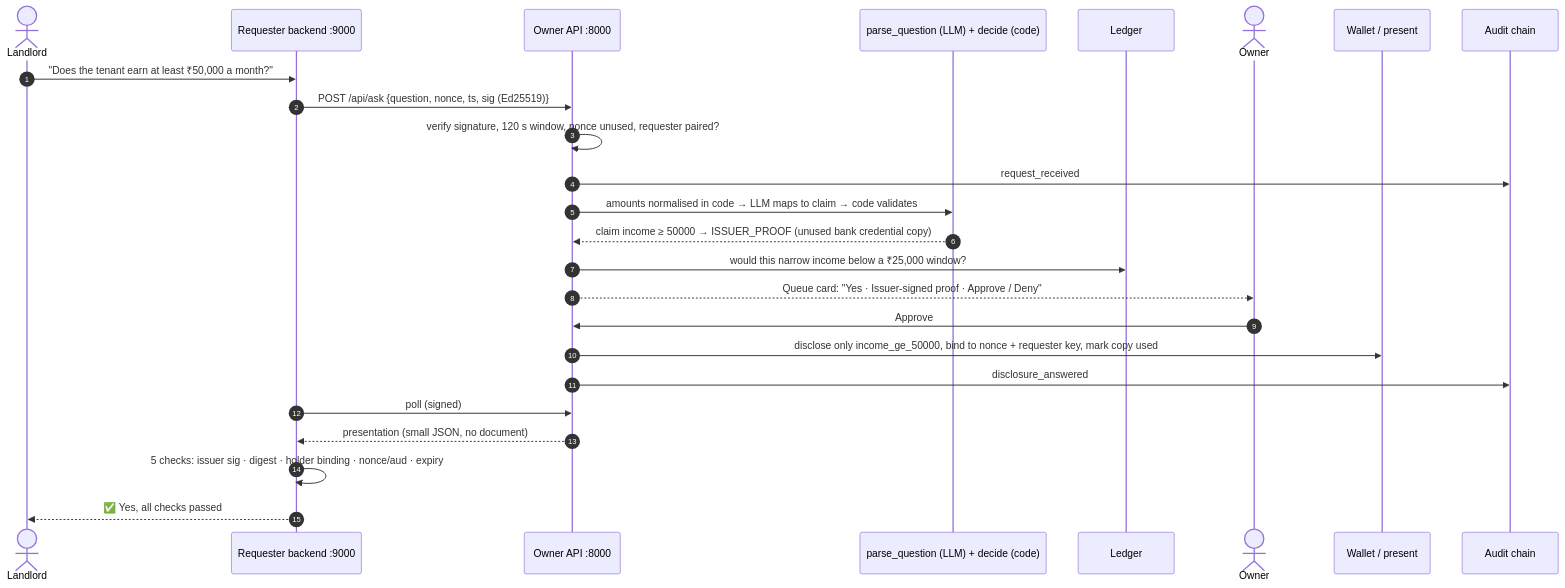
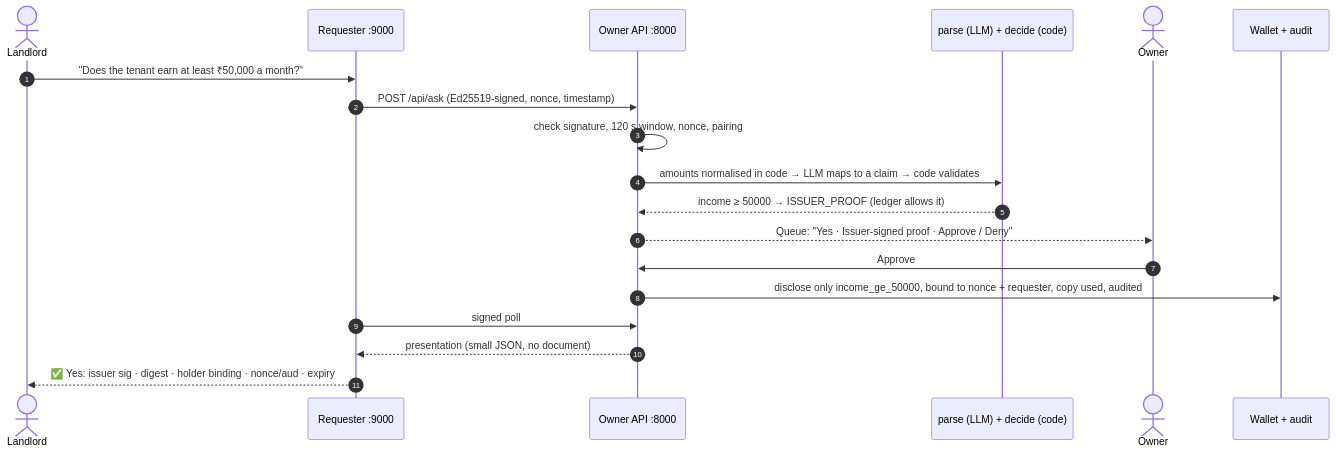
Before and after one commit to Sky00raider/KAVACH: the second of 2 diagrams in README.md, drawn with Mermaid. The commit also changed other lines of this file, not shown here.

````diff
--- a/README.md
+++ b/README.md
@@ -245,28 +101,22 @@
 ```mermaid
 sequenceDiagram
     autonumber
     actor Landlord
-    participant R as Requester backend :9000
+    participant R as Requester :9000
     participant A as Owner API :8000
-    participant P as parse_question (LLM) + decide (code)
-    participant G as Ledger
+    participant P as parse (LLM) + decide (code)
     actor Owner
-    participant W as Wallet / present
-    participant X as Audit chain
+    participant W as Wallet + audit
 
     Landlord->>R: "Does the tenant earn at least ₹50,000 a month?"
-    R->>A: POST /api/ask {question, nonce, ts, sig (Ed25519)}
-    A->>A: verify signature, 120 s window, nonce unused, requester paired?
-    A->>X: request_received
-    A->>P: amounts normalised in code → LLM maps to claim → code validates
-    P-->>A: claim income ≥ 50000 → ISSUER_PROOF (unused bank credential copy)
-    A->>G: would this narrow income below a ₹25,000 window?
-    A-->>Owner: Queue card: "Yes · Issuer-signed proof · Approve / Deny"
+    R->>A: POST /api/ask (Ed25519-signed, nonce, timestamp)
+    A->>A: check signature, 120 s window, nonce, pairing
+    A->>P: amounts normalised in code → LLM maps to a claim → code validates
+    P-->>A: income ≥ 50000 → ISSUER_PROOF (ledger allows it)
+    A-->>Owner: Queue: "Yes · Issuer-signed proof · Approve / Deny"
     Owner->>A: Approve
-    A->>W: disclose only income_ge_50000, bind to nonce + requester key, mark copy used
-    A->>X: disclosure_answered
-    R->>A: poll (signed)
+    A->>W: disclose only income_ge_50000, bound to nonce + requester, copy used, audited
+    R->>A: signed poll
     A-->>R: presentation (small JSON, no document)
-    R->>R: 5 checks: issuer sig · digest · holder binding · nonce/aud · expiry
-    R-->>Landlord: ✅ Yes, all checks passed
+    R-->>Landlord: ✅ Yes: issuer sig · digest · holder binding · nonce/aud · expiry
 ```
````
